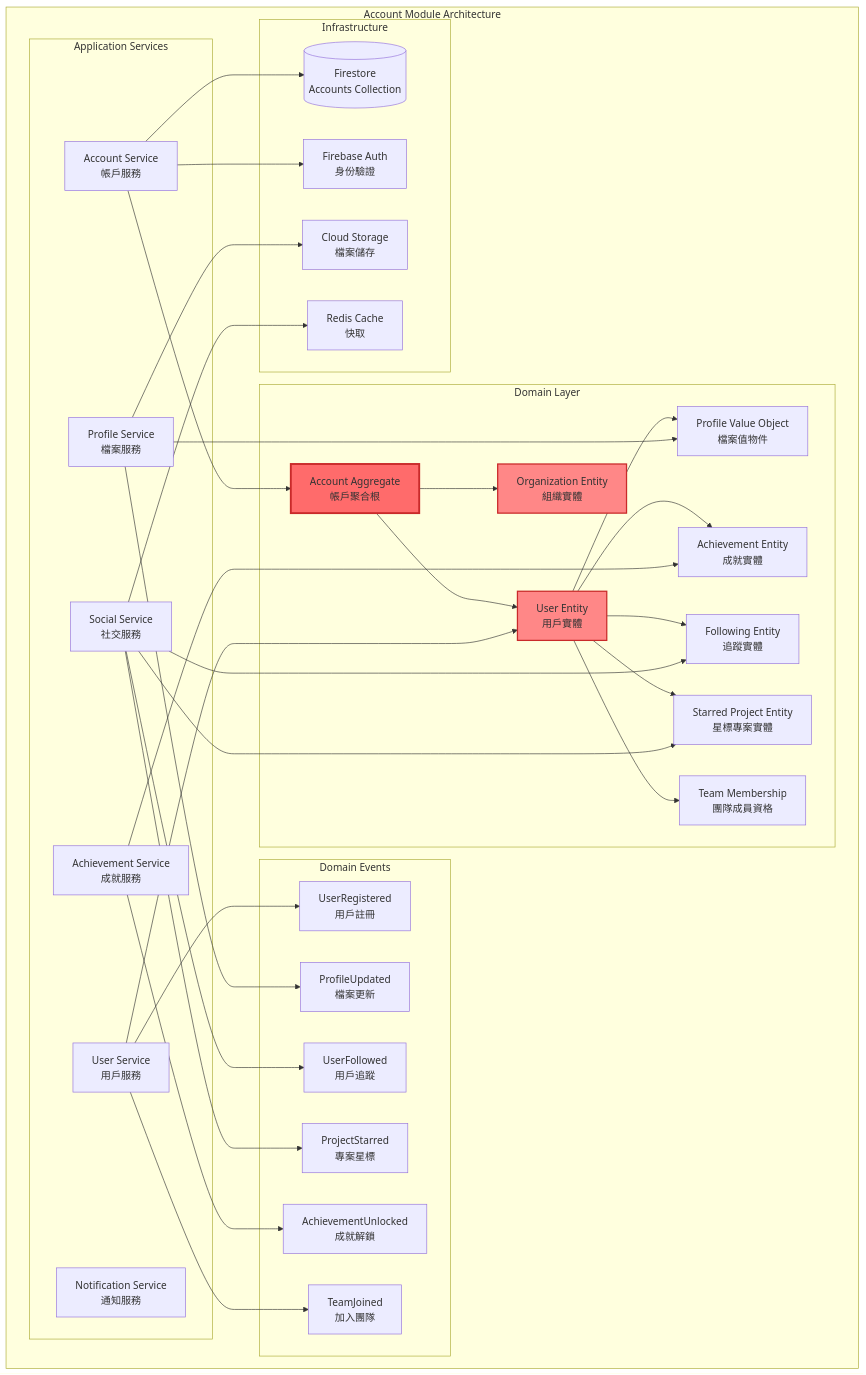
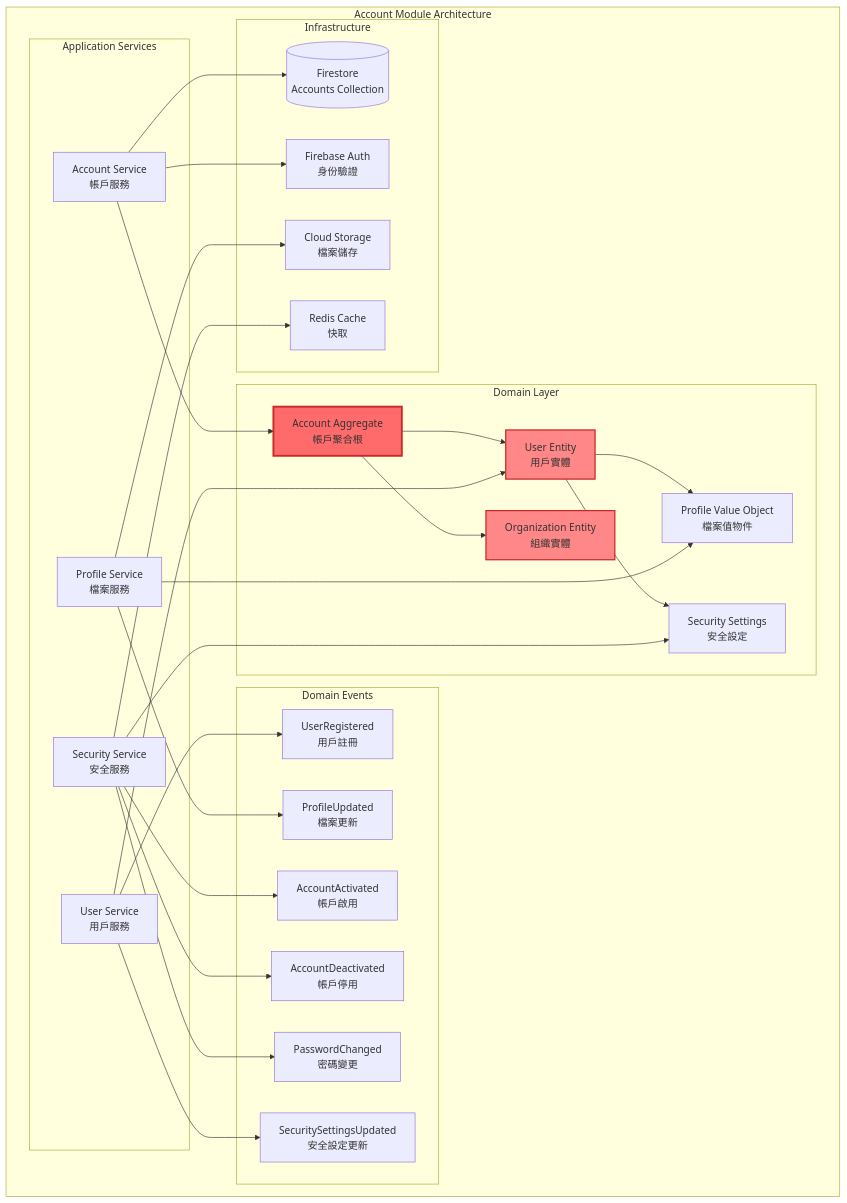
One commit to 7Spade/ng-alain-gig changed the first of 2 diagrams in docs/modules/Account Module Architecture.md. Above: the diagram before and after it, drawn with Mermaid. The commit also changed other lines of this file and 3 other files, not shown here.

First line of the commit message:
Refactor Account Module documentation to clarify responsibilities and remove social features

````diff
--- a/docs/modules/Account Module Architecture.md
+++ b/docs/modules/Account Module Architecture.md
@@ -24,72 +25,62 @@
 ```mermaid
 graph TB
     subgraph "Account Module Architecture"
         subgraph "Domain Layer"
             A[Account Aggregate<br/>帳戶聚合根]
             U[User Entity<br/>用戶實體]
             O[Organization Entity<br/>組織實體]
             P[Profile Value Object<br/>檔案值物件]
-            AC[Achievement Entity<br/>成就實體]
-            F[Following Entity<br/>追蹤實體]
-            S[Starred Project Entity<br/>星標專案實體]
-            T[Team Membership<br/>團隊成員資格]
+            S[Security Settings<br/>安全設定]
         end
         
         subgraph "Application Services"
             AS[Account Service<br/>帳戶服務]
             US[User Service<br/>用戶服務]
             PS[Profile Service<br/>檔案服務]
-            SS[Social Service<br/>社交服務]
-            ACS[Achievement Service<br/>成就服務]
-            NS[Notification Service<br/>通知服務]
+            SS[Security Service<br/>安全服務]
         end
         
         subgraph "Domain Events"
             E1[UserRegistered<br/>用戶註冊]
             E2[ProfileUpdated<br/>檔案更新]
-            E3[UserFollowed<br/>用戶追蹤]
-            E4[ProjectStarred<br/>專案星標]
-            E5[AchievementUnlocked<br/>成就解鎖]
-            E6[TeamJoined<br/>加入團隊]
+            E3[AccountActivated<br/>帳戶啟用]
+            E4[AccountDeactivated<br/>帳戶停用]
+            E5[PasswordChanged<br/>密碼變更]
+            E6[SecuritySettingsUpdated<br/>安全設定更新]
         end
         
         subgraph "Infrastructure"
             DB[(Firestore<br/>Accounts Collection)]
             AUTH[Firebase Auth<br/>身份驗證]
             STORAGE[Cloud Storage<br/>檔案儲存]
             CACHE[Redis Cache<br/>快取]
         end
     end
     
     %% 關係連接
     A --> U
     A --> O
     U --> P
-    U --> AC
-    U --> F
     U --> S
-    U --> T
     
     AS --> A
     US --> U
     PS --> P
-    SS --> F
     SS --> S
-    ACS --> AC
     
     US --> E1
     PS --> E2
     SS --> E3
     SS --> E4
-    ACS --> E5
+    SS --> E5
     US --> E6
     
     AS --> DB
     AS --> AUTH
     PS --> STORAGE
     SS --> CACHE
     
     style A fill:#ff6b6b,stroke:#c92a2a,stroke-width:3px
     style U fill:#ff8787,stroke:#c92a2a,stroke-width:2px
     style O fill:#ff8787,stroke:#c92a2a,stroke-width:2px
 ```
````
